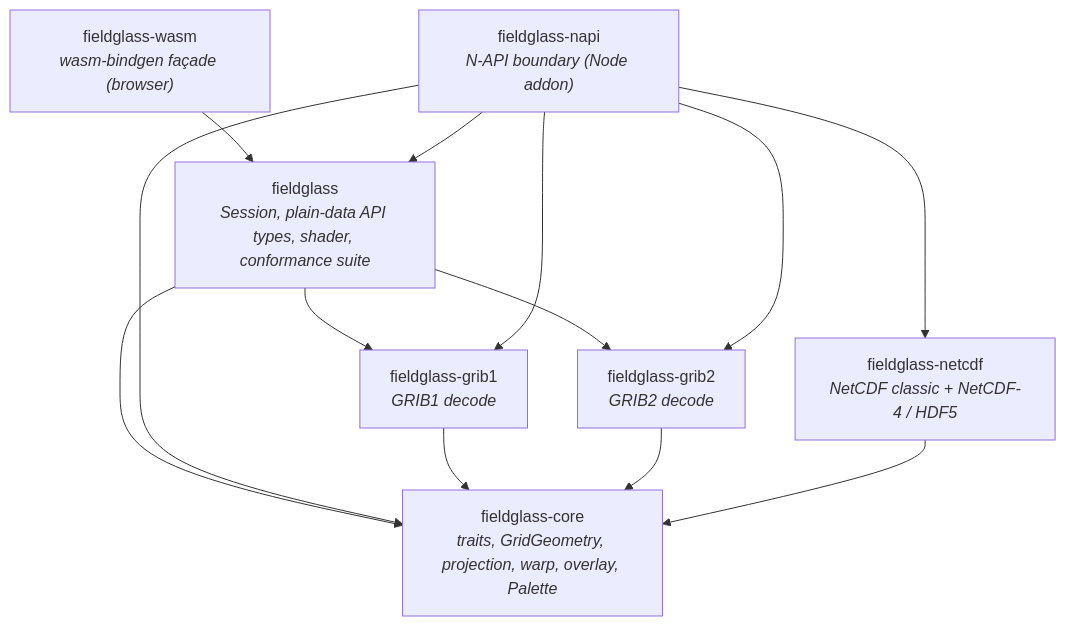
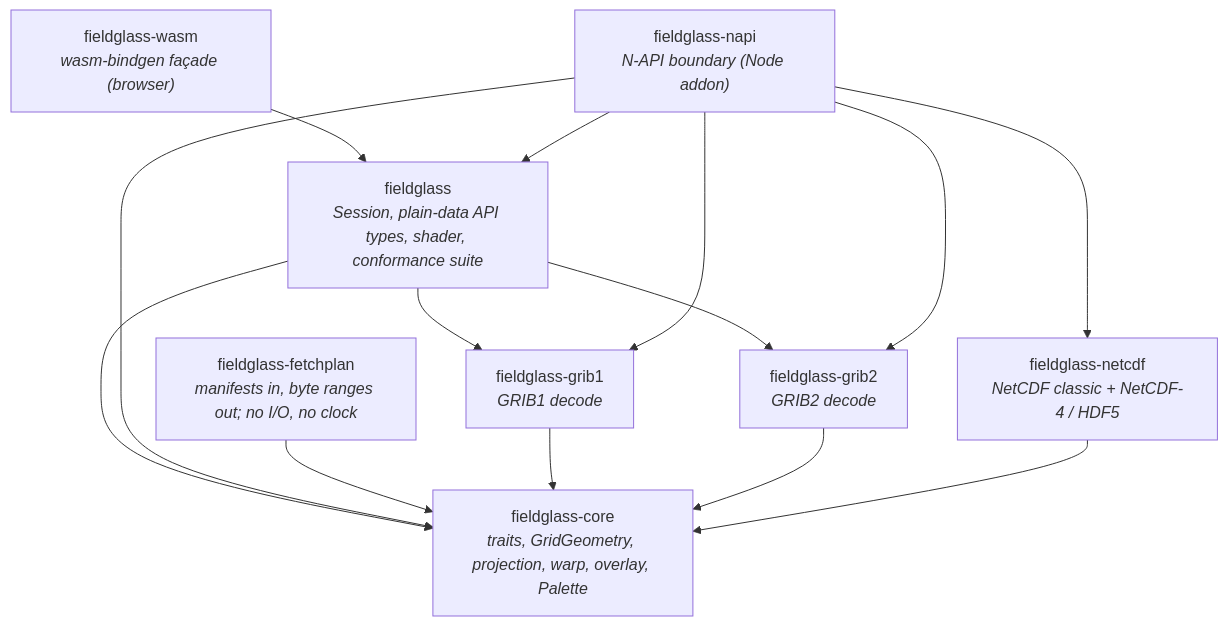
The diagram in docs/architecture/01-crates.md (D0ubleD0uble/fieldglass), drawn with Mermaid before and after one commit. The commit also changed other lines of this file and 20 other files, not shown here.

````diff
--- a/docs/architecture/01-crates.md
+++ b/docs/architecture/01-crates.md
@@ -18,23 +18,25 @@
 ```mermaid
 flowchart TD
     napi["fieldglass-napi<br/><i>N-API boundary (Node addon)</i>"]
     wasm["fieldglass-wasm<br/><i>wasm-bindgen façade (browser)</i>"]
     fieldglass["fieldglass<br/><i>Session, plain-data API types, shader, conformance suite</i>"]
     grib1["fieldglass-grib1<br/><i>GRIB1 decode</i>"]
     grib2["fieldglass-grib2<br/><i>GRIB2 decode</i>"]
     netcdf["fieldglass-netcdf<br/><i>NetCDF classic + NetCDF-4 / HDF5</i>"]
     core["fieldglass-core<br/><i>traits, GridGeometry, projection, warp, overlay, Palette</i>"]
+    fetchplan["fieldglass-fetchplan<br/><i>manifests in, byte ranges out; no I/O, no clock</i>"]
 
     wasm --> fieldglass
     fieldglass --> grib1
     fieldglass --> grib2
     fieldglass --> core
     napi --> fieldglass
     napi --> grib1
     napi --> grib2
     napi --> netcdf
     napi --> core
+    fetchplan --> core
     grib1 --> core
     grib2 --> core
     netcdf --> core
 ```
````
